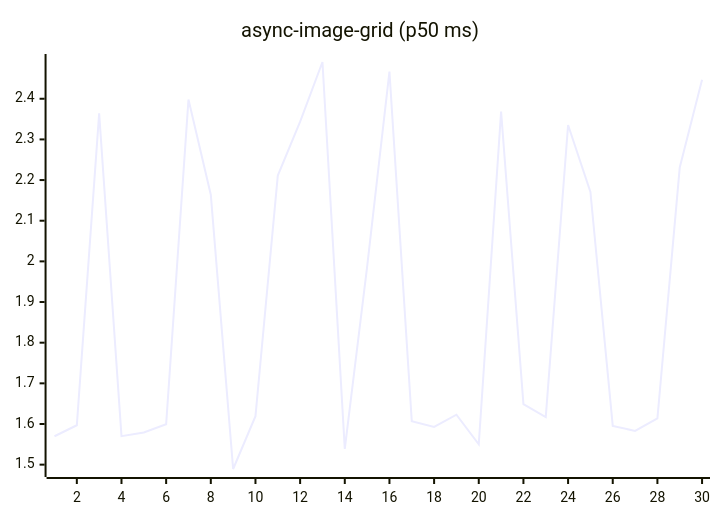
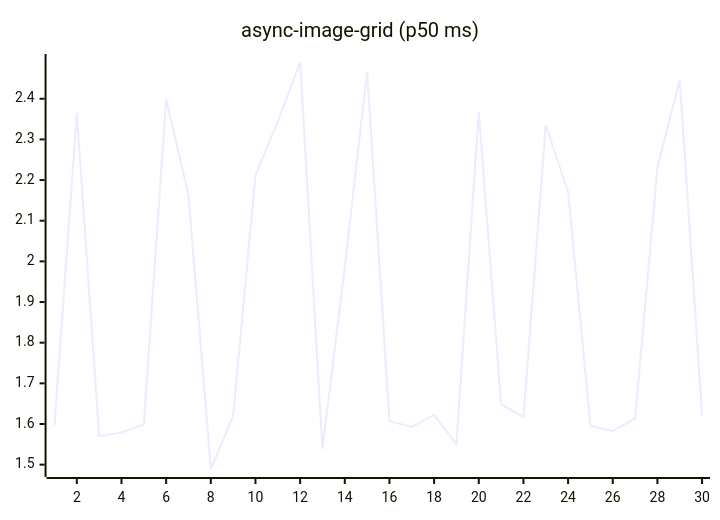
Before and after one commit to josha/Facet: the fifth of 27 diagrams in README.md, drawn with Mermaid. The commit also changed other lines of this file and 2 other files, not shown here.

````diff
--- a/README.md
+++ b/README.md
@@ -91,6 +91,6 @@
 ```mermaid
 xychart-beta
     title "async-image-grid (p50 ms)"
     x-axis 1 --> 30
-    line [1.5699, 1.5969, 2.3640, 1.5700, 1.5790, 1.5994, 2.3982, 2.1641, 1.4893, 1.6193, 2.2110, 2.3435, 2.4904, 1.5386, 1.9864, 2.4670, 1.6066, 1.5928, 1.6229, 1.5501, 2.3685, 1.6487, 1.6169, 2.3355, 2.1710, 1.5954, 1.5829, 1.6137, 2.2308, 2.4470]
+    line [1.5969, 2.3640, 1.5700, 1.5790, 1.5994, 2.3982, 2.1641, 1.4893, 1.6193, 2.2110, 2.3435, 2.4904, 1.5386, 1.9864, 2.4670, 1.6066, 1.5928, 1.6229, 1.5501, 2.3685, 1.6487, 1.6169, 2.3355, 2.1710, 1.5954, 1.5829, 1.6137, 2.2308, 2.4470, 1.6216]
 ```
````
